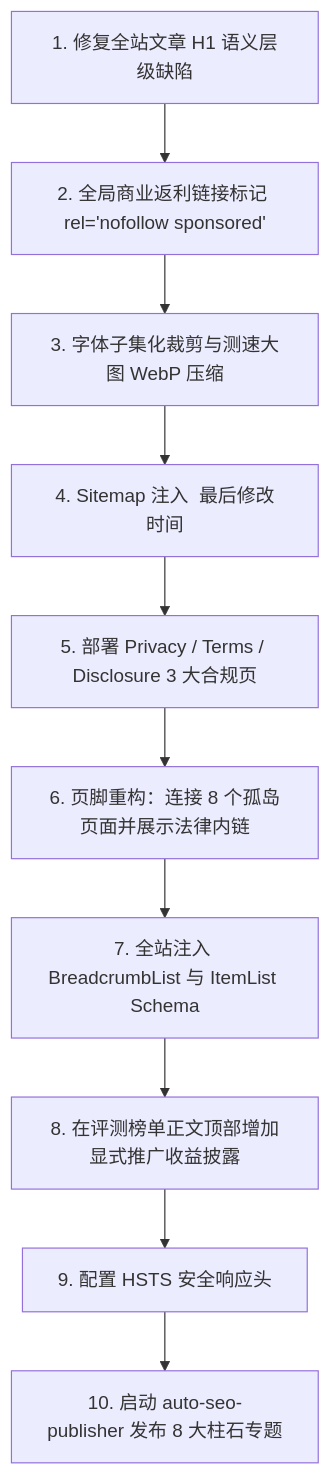
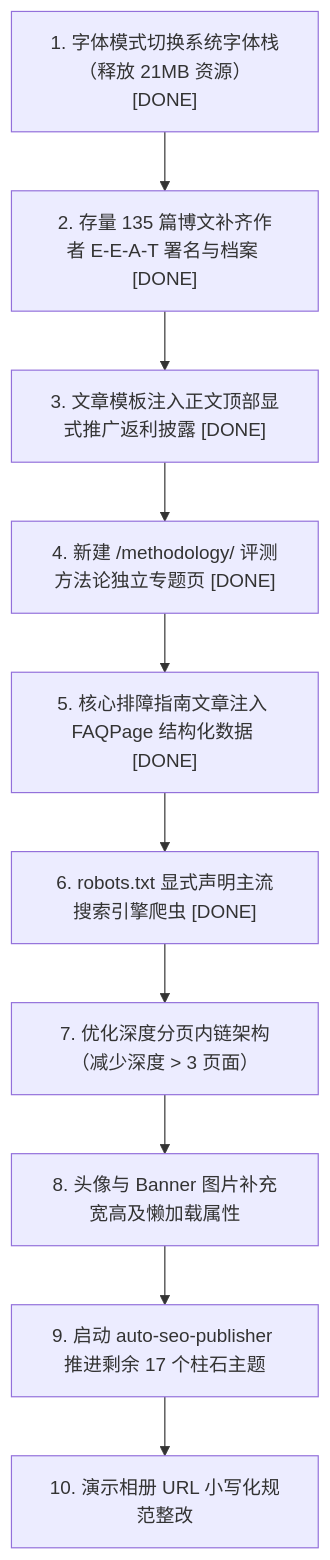
The diagram in seo-health-report.md (qweqwe98698-tech/clashtizi.com), drawn with Mermaid before and after one commit. The commit also changed other lines of this file and 139 other files, not shown here.

````diff
--- a/seo-health-report.md
+++ b/seo-health-report.md
@@ -322,12 +344,12 @@
 ```mermaid
 flowchart TD
-    A["1. 修复全站文章 H1 语义层级缺陷"] --> B["2. 全局商业返利链接标记 rel='nofollow sponsored'"]
-    B --> C["3. 字体子集化裁剪与测速大图 WebP 压缩"]
-    C --> D["4. Sitemap 注入 <lastmod> 最后修改时间"]
-    D --> E["5. 部署 Privacy / Terms / Disclosure 3 大合规页"]
-    E --> F["6. 页脚重构：连接 8 个孤岛页面并展示法律内链"]
-    F --> G["7. 全站注入 BreadcrumbList 与 ItemList Schema"]
-    G --> H["8. 在评测榜单正文顶部增加显式推广收益披露"]
-    H --> I["9. 配置 HSTS 安全响应头"]
-    I --> J["10. 启动 auto-seo-publisher 发布 8 大柱石专题"]
+    A["1. 字体模式切换系统字体栈（释放 21MB 资源）[DONE]"] --> B["2. 存量 135 篇博文补齐作者 E-E-A-T 署名与档案 [DONE]"]
+    B --> C["3. 文章模板注入正文顶部显式推广返利披露 [DONE]"]
+    C --> D["4. 新建 /methodology/ 评测方法论独立专题页 [DONE]"]
+    D --> E["5. 核心排障指南文章注入 FAQPage 结构化数据 [DONE]"]
+    E --> H["6. robots.txt 显式声明主流搜索引擎爬虫 [DONE]"]
+    H --> F["7. 优化深度分页内链架构（减少深度 > 3 页面）"]
+    F --> G["8. 头像与 Banner 图片补充宽高及懒加载属性"]
+    G --> I["9. 启动 auto-seo-publisher 推进剩余 17 个柱石主题"]
+    I --> J["10. 演示相册 URL 小写化规范整改"]
 ```
````
